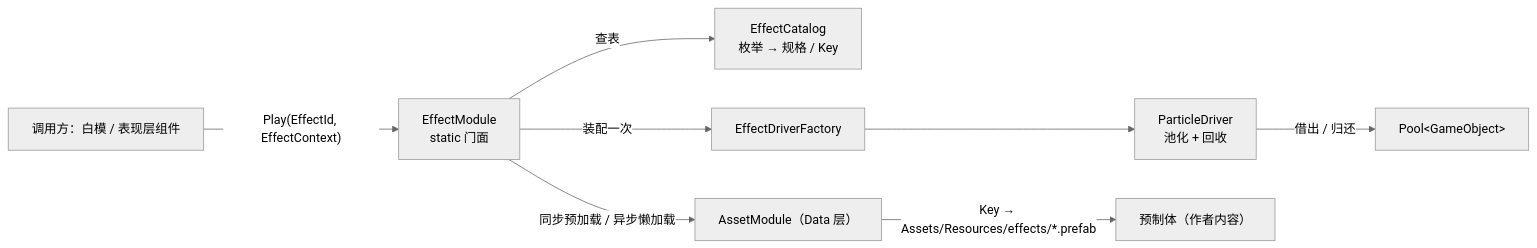
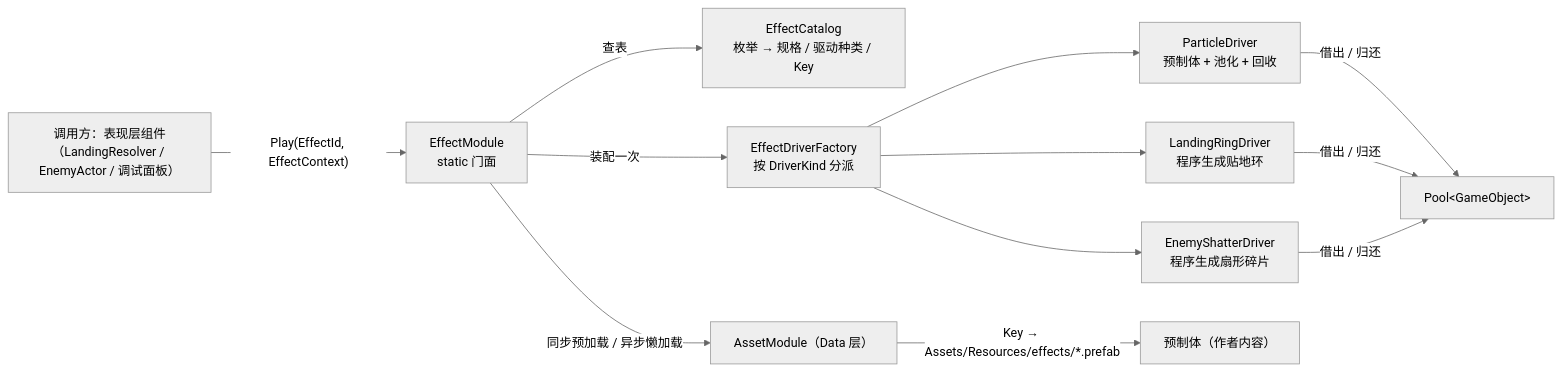
One commit to 5FYZhou/deepseaoil changed the first of 3 diagrams in Docs/粒子特效系统/粒子特效系统 · 设计与契约.md. Above: the diagram before and after it, drawn with Mermaid (neutral theme). The commit also changed other lines of this file and 152 other files, not shown here.

````diff
--- a/Docs/粒子特效系统/粒子特效系统 · 设计与契约.md
+++ b/Docs/粒子特效系统/粒子特效系统 · 设计与契约.md
@@ -27,10 +31,14 @@
 ```mermaid
 flowchart LR
-  C["调用方：白模 / 表现层组件"] -->|"Play(EffectId, EffectContext)"| EM["EffectModule<br/>static 门面"]
-  EM -->|"查表"| CAT["EffectCatalog<br/>枚举 → 规格 / Key"]
-  EM -->|"装配一次"| FAC["EffectDriverFactory"]
-  FAC --> PD["ParticleDriver<br/>池化 + 回收"]
+  C["调用方：表现层组件（LandingResolver / EnemyActor / 调试面板）"] -->|"Play(EffectId, EffectContext)"| EM["EffectModule<br/>static 门面"]
+  EM -->|"查表"| CAT["EffectCatalog<br/>枚举 → 规格 / 驱动种类 / Key"]
+  EM -->|"装配一次"| FAC["EffectDriverFactory<br/>按 DriverKind 分派"]
+  FAC --> PD["ParticleDriver<br/>预制体 + 池化 + 回收"]
+  FAC --> LR["LandingRingDriver<br/>程序生成贴地环"]
+  FAC --> ES["EnemyShatterDriver<br/>程序生成扇形碎片"]
   EM -->|"同步预加载 / 异步懒加载"| AM["AssetModule（Data 层）"]
   PD -->|"借出 / 归还"| POOL["Pool&lt;GameObject&gt;"]
+  LR -->|"借出 / 归还"| POOL
+  ES -->|"借出 / 归还"| POOL
   AM -->|"Key → Assets/Resources/effects/*.prefab"| RES["预制体（作者内容）"]
 ```
````
